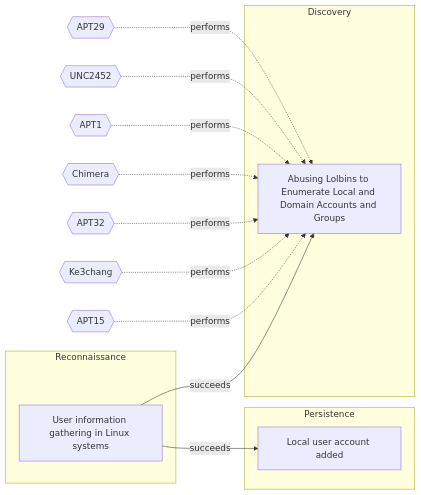
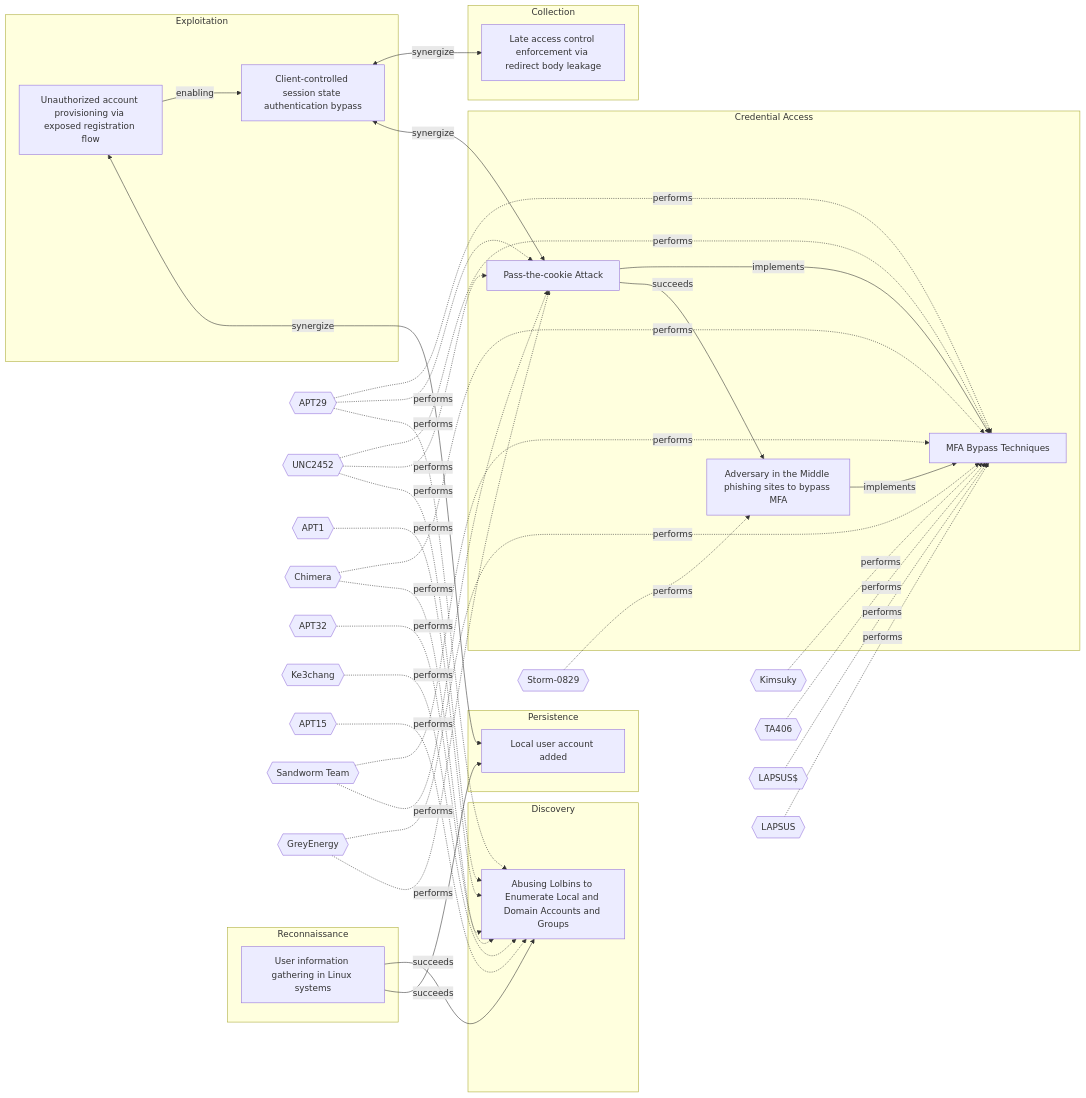
Before and after one commit to OpenTideHQ/WikiTide: the diagram in Models/Threat Vectors/☣️ Local user account added.md, drawn with Mermaid. The commit also changed other lines of this file and 9 other files, not shown here.

````diff
--- a/Models/Threat Vectors/☣️ Local user account added.md
+++ b/Models/Threat Vectors/☣️ Local user account added.md
@@ -90,6 +90,12 @@
 8bc82ff8-e106-4377-98f1-2cb912631ffa[User information gathering in Linux systems]
 e2d8ce6b-f21e-4444-a828-0c6b722a9c93[Local user account added]
 3b1026c6-7d04-4b91-ba6f-abc68e993616[Abusing Lolbins to Enumerate Local and Domain Accounts and Groups]
+3d7dada6-5f9d-4f67-952e-faa2ab794fde[Unauthorized account provisioning via exposed registration flow]
+38adba1e-0961-4417-bd84-33fa9c42439f[Client-controlled session state authentication bypass]
+b0d6bf74-b204-4a48-9509-4499ed795771[Pass-the-cookie Attack]
+0663c192-cdeb-49a2-994c-4cc8e98f764e[Late access control enforcement via redirect body leakage]
+66aafb61-9a46-4287-8b40-4785b42b77a3[Adversary in the Middle phishing sites to bypass MFA]
+4a807ac4-f764-41b1-ae6f-94239041d349[MFA Bypass Techniques]
 
 subgraph Reconnaissance
 8bc82ff8-e106-4377-98f1-2cb912631ffa
@@ -100,6 +106,18 @@
 subgraph Discovery
 3b1026c6-7d04-4b91-ba6f-abc68e993616
 end
+subgraph Exploitation
+3d7dada6-5f9d-4f67-952e-faa2ab794fde
+38adba1e-0961-4417-bd84-33fa9c42439f
+end
+subgraph Credential Access
+b0d6bf74-b204-4a48-9509-4499ed795771
+66aafb61-9a46-4287-8b40-4785b42b77a3
+4a807ac4-f764-41b1-ae6f-94239041d349
+end
+subgraph Collection
+0663c192-cdeb-49a2-994c-4cc8e98f764e
+end
 
 APT29{{APT29}}
 UNC2452{{UNC2452}}
@@ -108,6 +126,13 @@
 APT32{{APT32}}
 Ke3chang{{Ke3chang}}
 APT15{{APT15}}
+SandwormTeam{{Sandworm Team}}
+GreyEnergy{{GreyEnergy}}
+Storm-0829{{Storm-0829}}
+Kimsuky{{Kimsuky}}
+TA406{{TA406}}
+LAPSUS${{LAPSUS$}}
+LAPSUS{{LAPSUS}}
 
 APT29 -.-> |performs| 3b1026c6-7d04-4b91-ba6f-abc68e993616
 UNC2452 -.-> |performs| 3b1026c6-7d04-4b91-ba6f-abc68e993616
@@ -116,8 +141,29 @@
 APT32 -.-> |performs| 3b1026c6-7d04-4b91-ba6f-abc68e993616
 Ke3chang -.-> |performs| 3b1026c6-7d04-4b91-ba6f-abc68e993616
 APT15 -.-> |performs| 3b1026c6-7d04-4b91-ba6f-abc68e993616
+APT29 -.-> |performs| b0d6bf74-b204-4a48-9509-4499ed795771
+UNC2452 -.-> |performs| b0d6bf74-b204-4a48-9509-4499ed795771
+SandwormTeam -.-> |performs| b0d6bf74-b204-4a48-9509-4499ed795771
+GreyEnergy -.-> |performs| b0d6bf74-b204-4a48-9509-4499ed795771
+Storm-0829 -.-> |performs| 66aafb61-9a46-4287-8b40-4785b42b77a3
+APT29 -.-> |performs| 4a807ac4-f764-41b1-ae6f-94239041d349
+UNC2452 -.-> |performs| 4a807ac4-f764-41b1-ae6f-94239041d349
+SandwormTeam -.-> |performs| 4a807ac4-f764-41b1-ae6f-94239041d349
+GreyEnergy -.-> |performs| 4a807ac4-f764-41b1-ae6f-94239041d349
+Chimera -.-> |performs| 4a807ac4-f764-41b1-ae6f-94239041d349
+Kimsuky -.-> |performs| 4a807ac4-f764-41b1-ae6f-94239041d349
+TA406 -.-> |performs| 4a807ac4-f764-41b1-ae6f-94239041d349
+LAPSUS$ -.-> |performs| 4a807ac4-f764-41b1-ae6f-94239041d349
+LAPSUS -.-> |performs| 4a807ac4-f764-41b1-ae6f-94239041d349
 
 8bc82ff8-e106-4377-98f1-2cb912631ffa -->|succeeds| e2d8ce6b-f21e-4444-a828-0c6b722a9c93
 8bc82ff8-e106-4377-98f1-2cb912631ffa -->|succeeds| 3b1026c6-7d04-4b91-ba6f-abc68e993616
+3d7dada6-5f9d-4f67-952e-faa2ab794fde <-->|synergize| e2d8ce6b-f21e-4444-a828-0c6b722a9c93
+3d7dada6-5f9d-4f67-952e-faa2ab794fde -->|enabling| 38adba1e-0961-4417-bd84-33fa9c42439f
+38adba1e-0961-4417-bd84-33fa9c42439f <-->|synergize| b0d6bf74-b204-4a48-9509-4499ed795771
+38adba1e-0961-4417-bd84-33fa9c42439f <-->|synergize| 0663c192-cdeb-49a2-994c-4cc8e98f764e
+b0d6bf74-b204-4a48-9509-4499ed795771 -->|succeeds| 66aafb61-9a46-4287-8b40-4785b42b77a3
+b0d6bf74-b204-4a48-9509-4499ed795771 -->|implements| 4a807ac4-f764-41b1-ae6f-94239041d349
+66aafb61-9a46-4287-8b40-4785b42b77a3 -->|implements| 4a807ac4-f764-41b1-ae6f-94239041d349
 
 ```
````
